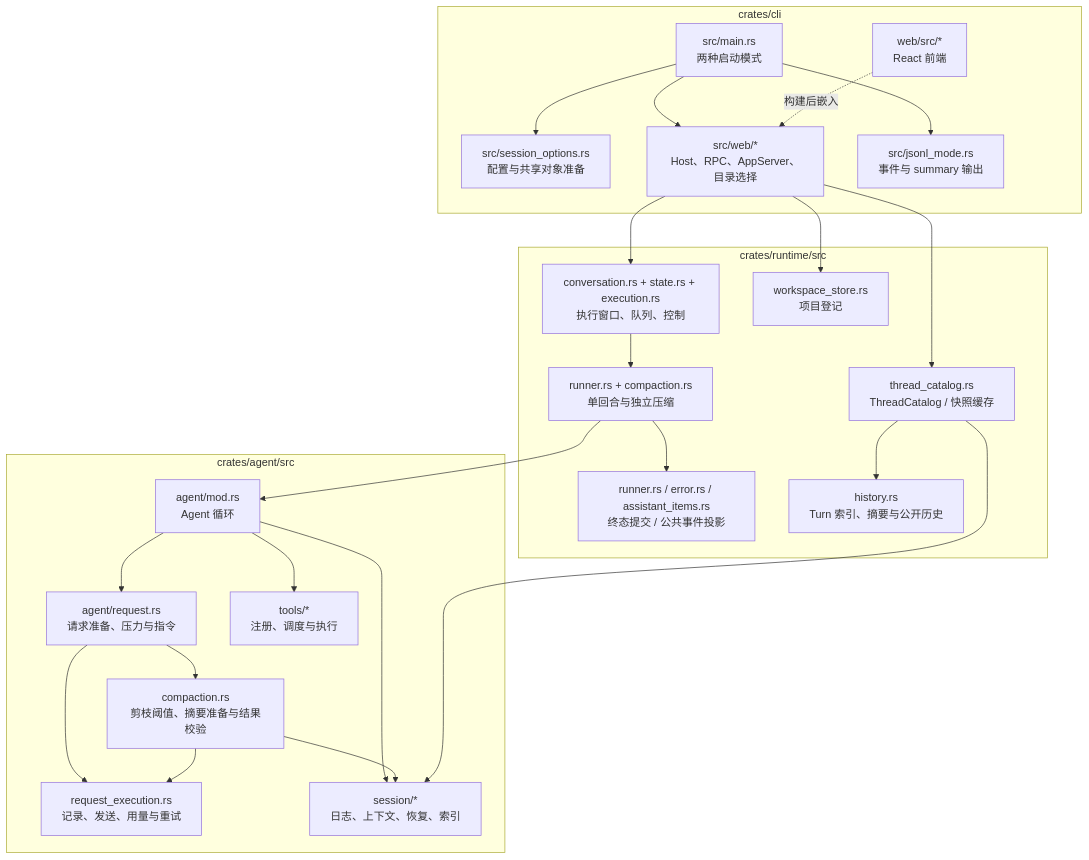
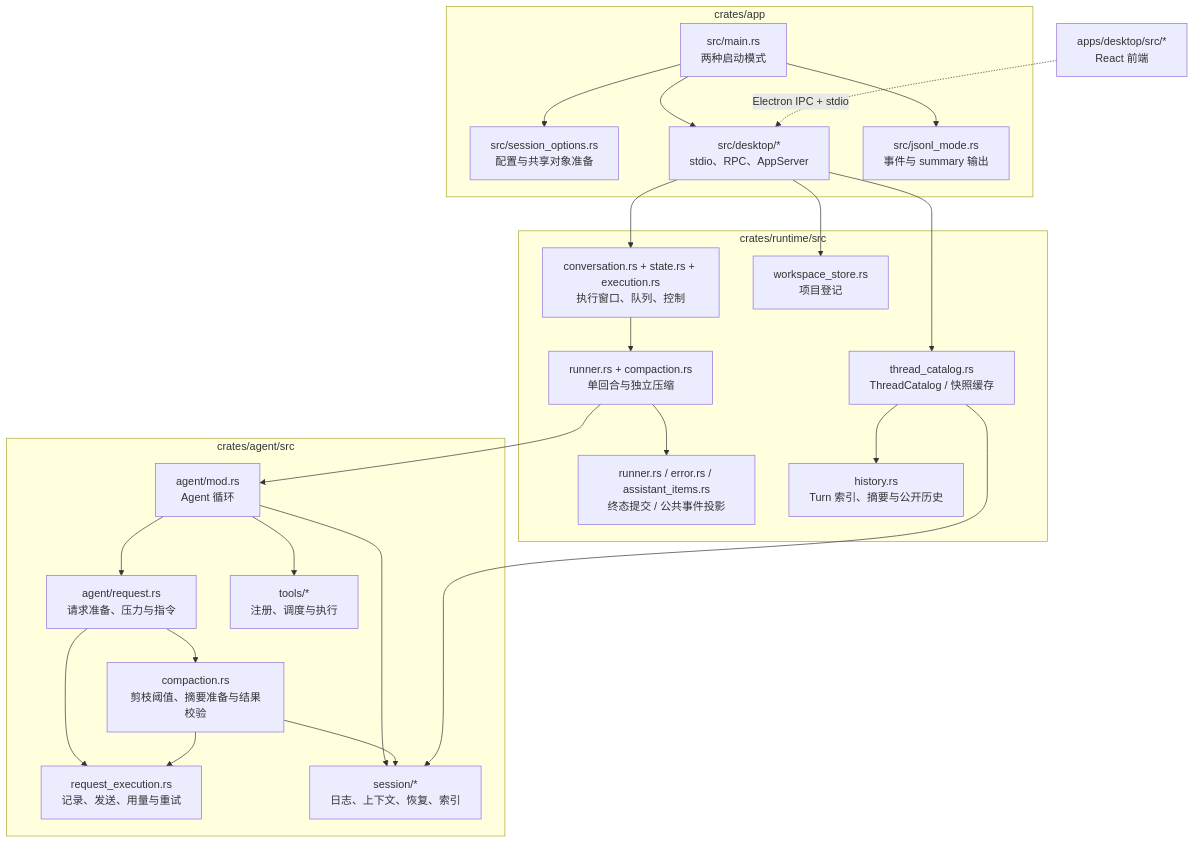
The third of 29 diagrams in docs/architecture.md (qjcnmd/singularity-agent), drawn with Mermaid before and after one commit. The commit also changed other lines of this file and 193 other files, not shown here.

````diff
--- a/docs/architecture.md
+++ b/docs/architecture.md
@@ -73,29 +73,29 @@
 ```mermaid
 flowchart TB
-    subgraph CliSource["crates/cli"]
+    subgraph AppSource["crates/app"]
         Main["src/main.rs<br/>两种启动模式"] --> Setup["src/session_options.rs<br/>配置与共享对象准备"]
-        Main --> Web["src/web/*<br/>Host、RPC、AppServer、目录选择"]
+        Main --> DesktopHost["src/desktop/*<br/>stdio、RPC、AppServer"]
         Main --> JSONL["src/jsonl_mode.rs<br/>事件与 summary 输出"]
-        Front["web/src/*<br/>React 前端"] -. "构建后嵌入" .-> Web
     end
+    Front["apps/desktop/src/*<br/>React 前端"] -. "Electron IPC + stdio" .-> DesktopHost
     subgraph RuntimeSource["crates/runtime/src"]
         Conv["conversation.rs + state.rs + execution.rs<br/>执行窗口、队列、控制"] --> Run["runner.rs + compaction.rs<br/>单回合与独立压缩"]
         Run --> Terminal["runner.rs / error.rs / assistant_items.rs<br/>终态提交 / 公共事件投影"]
         Catalog["thread_catalog.rs<br/>ThreadCatalog / 快照缓存"] --> History["history.rs<br/>Turn 索引、摘要与公开历史"]
         WS["workspace_store.rs<br/>项目登记"]
     end
     subgraph AgentSource["crates/agent/src"]
         Loop["agent/mod.rs<br/>Agent 循环"] --> Requests["agent/request.rs<br/>请求准备、压力与指令"]
         Loop --> Tool["tools/*<br/>注册、调度与执行"]
         Requests --> Compact["compaction.rs<br/>剪枝阈值、摘要准备与结果校验"]
         Requests --> Execute["request_execution.rs<br/>记录、发送、用量与重试"]
         Compact --> Execute
         Loop --> Sessions["session/*<br/>日志、上下文、恢复、索引"]
         Compact --> Sessions
     end
-    Web --> Conv
-    Web --> Catalog
-    Web --> WS
+    DesktopHost --> Conv
+    DesktopHost --> Catalog
+    DesktopHost --> WS
     Run --> Loop
     Catalog --> Sessions
 ```
````
